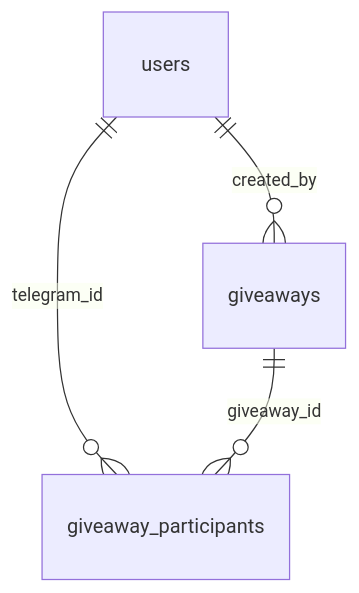
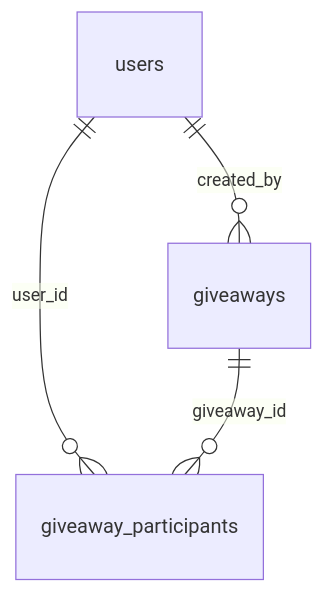
The first of 3 diagrams in docs/plans/2026-10-09-1804-feat-giveaway-join-button-plan.md (alexander-danilenko/read_wine_bot), drawn with Mermaid before and after one commit. The commit also changed other lines of this file and 2 other files, not shown here.

First line of the commit message:
refactor(giveaway): name the participant column user_id

````diff
--- a/docs/plans/2026-10-09-1804-feat-giveaway-join-button-plan.md
+++ b/docs/plans/2026-10-09-1804-feat-giveaway-join-button-plan.md
@@ -102,6 +102,6 @@
 ```mermaid
 erDiagram
   users ||--o{ giveaways : "created_by"
-  users ||--o{ giveaway_participants : "telegram_id"
+  users ||--o{ giveaway_participants : "user_id"
   giveaways ||--o{ giveaway_participants : "giveaway_id"
 ```
````
